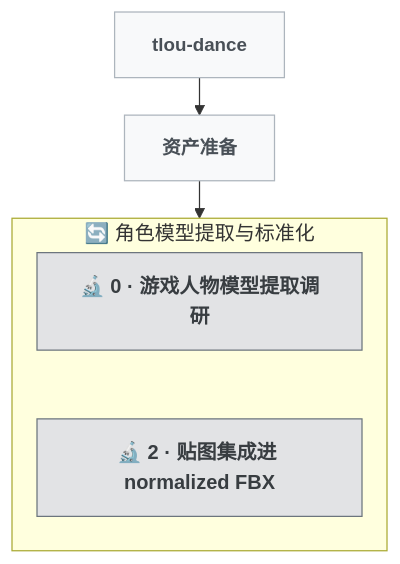
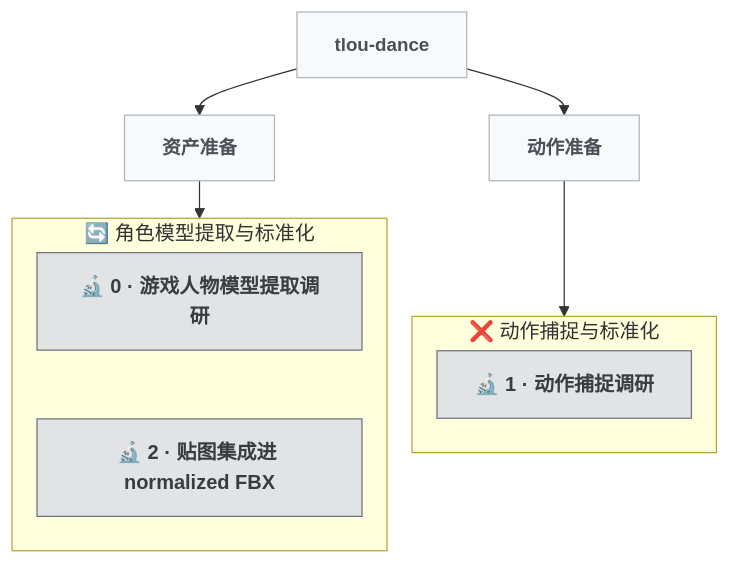
The diagram in docs/DEVTREE.md (pkulijing/tlou-dance), drawn with Mermaid before and after one commit. The commit also changed other lines of this file and 12 other files, not shown here.

````diff
--- a/docs/DEVTREE.md
+++ b/docs/DEVTREE.md
@@ -16,22 +16,29 @@
 ```mermaid
 %%{init: {'flowchart': {'rankSpacing': 30, 'nodeSpacing': 20}}}%%
 graph TD
   classDef genesis  fill:#d4edda,stroke:#28a745,color:#155724,font-weight:bold
   classDef feature  fill:#cce5ff,stroke:#0d6efd,color:#003d8f,font-weight:bold
   classDef bugfix   fill:#f8d7da,stroke:#dc3545,color:#721c24,font-weight:bold
   classDef refactor fill:#fff3cd,stroke:#ffc107,color:#664d03,font-weight:bold
   classDef infra    fill:#e2d9f3,stroke:#6f42c1,color:#3d1a78,font-weight:bold
   classDef research fill:#e2e3e5,stroke:#6c757d,color:#383d41,font-weight:bold
   classDef epic     fill:#f8f9fa,stroke:#adb5bd,color:#495057,font-weight:bold,font-size:15px
 
   ROOT["tlou-dance"]:::epic
   ROOT --> ea["资产准备"]:::epic
+  ROOT --> mp["动作准备"]:::epic
   ea --> ea1
+  mp --> mp1
 
   subgraph ea1["🔄 角色模型提取与标准化"]
     direction TB
     N0["🔬 0 · 游戏人物模型提取调研"]:::research
     N2["🔬 2 · 贴图集成进 normalized FBX"]:::research
     N0 ~~~ N2
   end
+
+  subgraph mp1["❌ 动作捕捉与标准化"]
+    direction TB
+    N1["🔬 1 · 动作捕捉调研"]:::research
+  end
 ```
````
